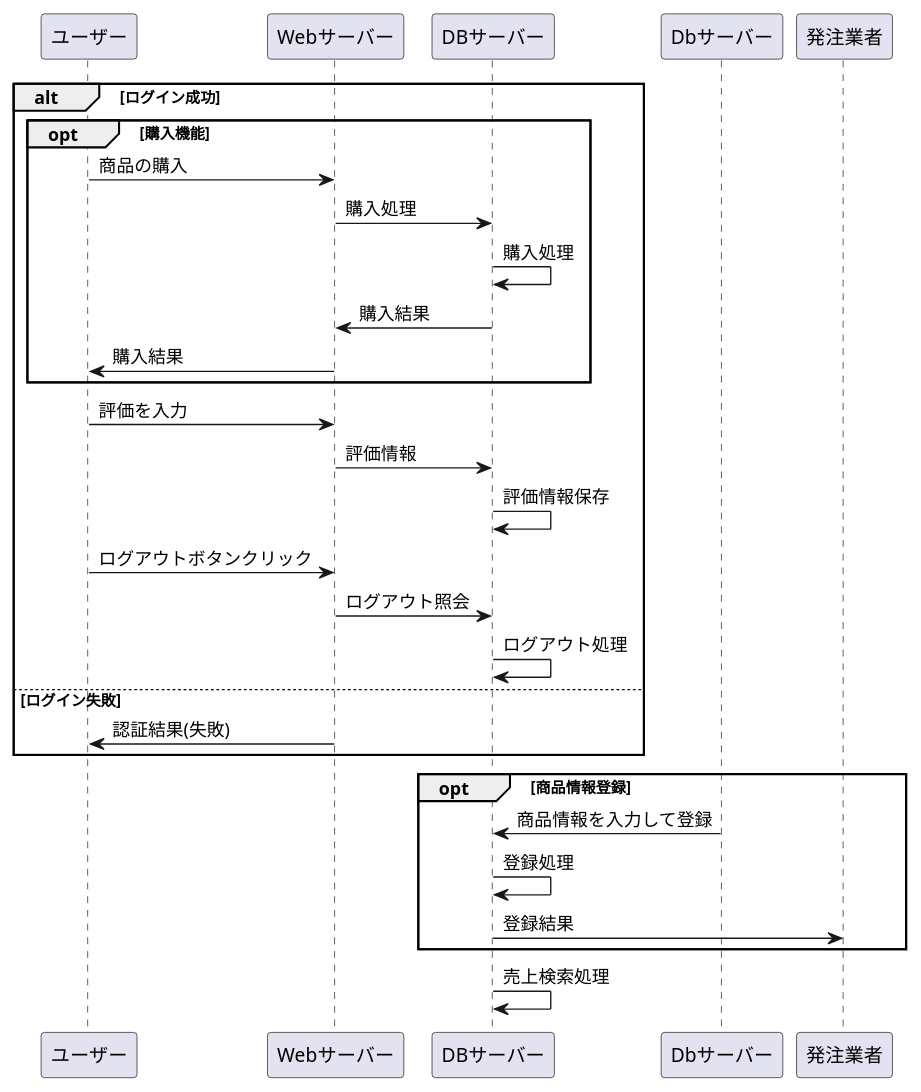
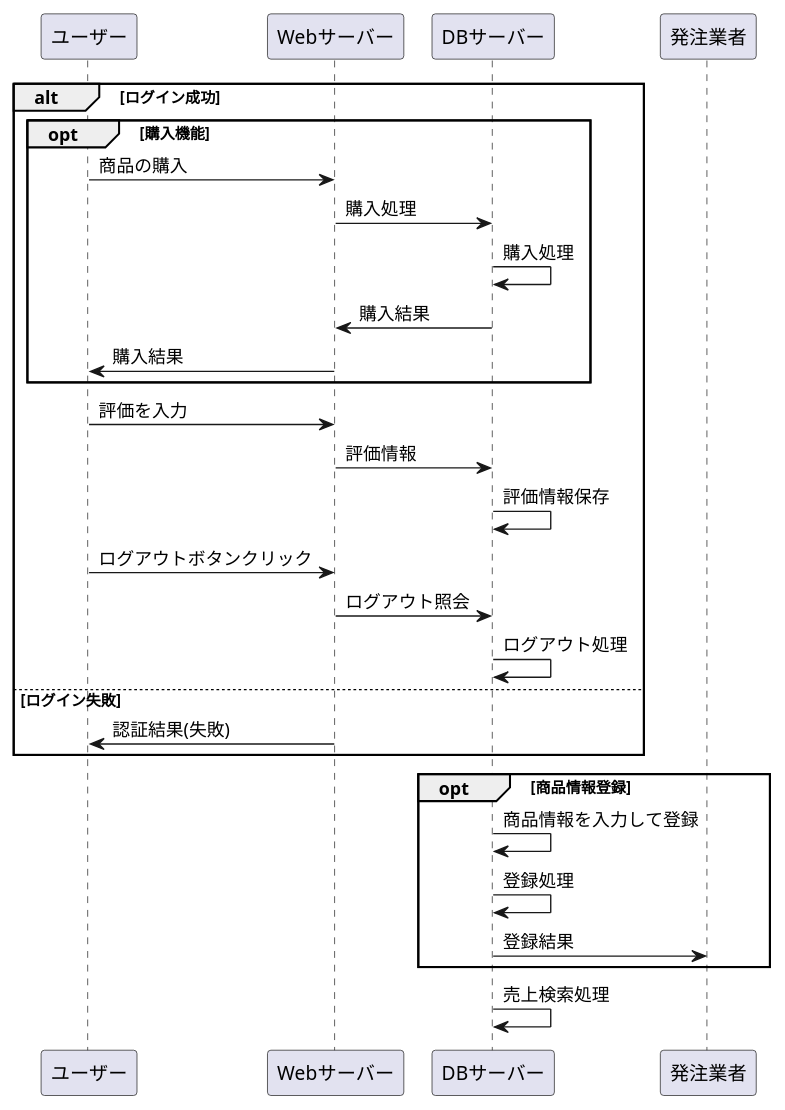
The diagram in COOKMD/flontjob2.md (Aso2001154/2021sys-design), drawn with PlantUML before and after one commit.

````diff
--- a/COOKMD/flontjob2.md
+++ b/COOKMD/flontjob2.md
@@ -1,27 +1,27 @@
 ```uml
 @startuml
 alt ログイン成功
 opt 購入機能
 ユーザー -> Webサーバー : 商品の購入
 Webサーバー -> DBサーバー : 購入処理
 DBサーバー -> DBサーバー : 購入処理
 DBサーバー -> Webサーバー : 購入結果
 Webサーバー -> ユーザー : 購入結果
 end
 ユーザー -> Webサーバー : 評価を入力
 Webサーバー -> DBサーバー : 評価情報
 DBサーバー -> DBサーバー : 評価情報保存
 ユーザー -> Webサーバー : ログアウトボタンクリック
 Webサーバー -> DBサーバー : ログアウト照会
 DBサーバー -> DBサーバー : ログアウト処理
 else ログイン失敗
 Webサーバー -> ユーザー : 認証結果(失敗)
 end
 opt 商品情報登録
-Dbサーバー -> DBサーバー : 商品情報を入力して登録
+DBサーバー -> DBサーバー : 商品情報を入力して登録
 DBサーバー -> DBサーバー : 登録処理
 DBサーバー -> 発注業者 : 登録結果
 end
 DBサーバー -> DBサーバー : 売上検索処理
 @enduml
 ```
````
